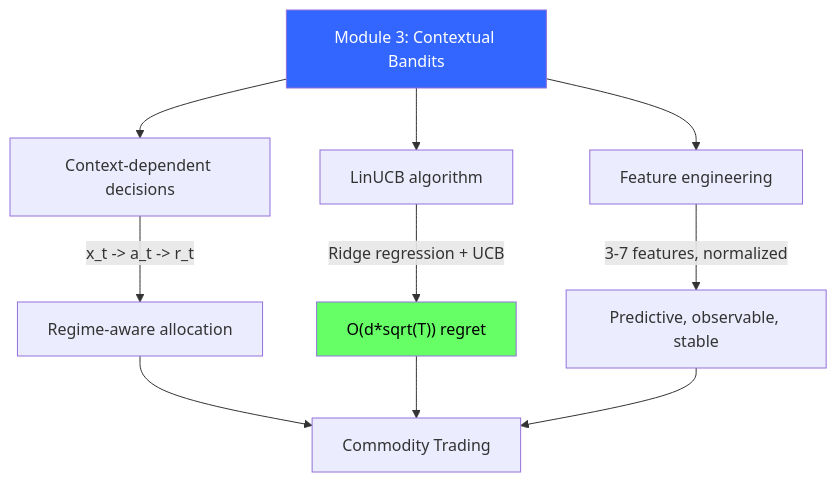
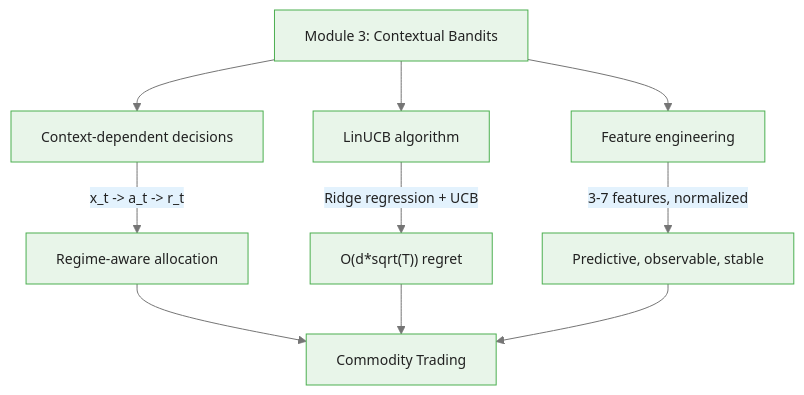
Before and after one commit to m-deane/course-creator: the third of 3 diagrams in courses/multi-armed-bandits-ab-testing/modules/module_03_contextual_bandits/guides/cheatsheet_slides.md, drawn with Mermaid. The commit also changed other lines of this file and 146 other files, not shown here.

````diff
--- a/courses/multi-armed-bandits-ab-testing/modules/module_03_contextual_bandits/guides/cheatsheet_slides.md
+++ b/courses/multi-armed-bandits-ab-testing/modules/module_03_contextual_bandits/guides/cheatsheet_slides.md
@@ -179,17 +221,15 @@
 ```mermaid
+%%{init: {"theme": "base", "themeVariables": {"primaryColor": "#e8f5e9", "primaryBorderColor": "#4caf50", "primaryTextColor": "#212121", "secondaryColor": "#e3f2fd", "tertiaryColor": "#fff8e1", "lineColor": "#757575", "fontFamily": "Inter, sans-serif", "fontSize": "14px"}}}%%
 flowchart TD
     M3["Module 3: Contextual Bandits"] --> Framework["Context-dependent decisions"]
     M3 --> Algo["LinUCB algorithm"]
     M3 --> Features["Feature engineering"]
 
     Framework --> |"x_t -> a_t -> r_t"| Regime["Regime-aware allocation"]
     Algo --> |"Ridge regression + UCB"| Regret_c["O(d*sqrt(T)) regret"]
     Features --> |"3-7 features, normalized"| Quality["Predictive, observable, stable"]
 
     Regime --> Commodity_c["Commodity Trading"]
     Regret_c --> Commodity_c
     Quality --> Commodity_c
-
-    style M3 fill:#36f,color:#fff
-    style Regret_c fill:#6f6,color:#000
 ```
````
